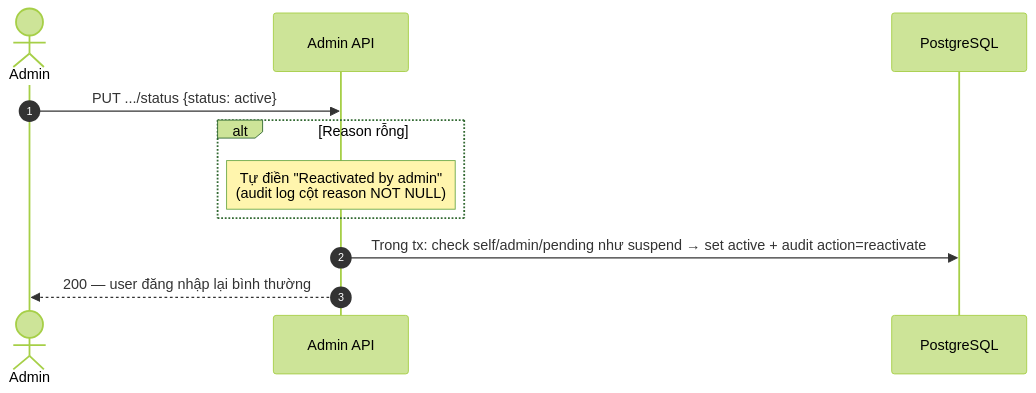
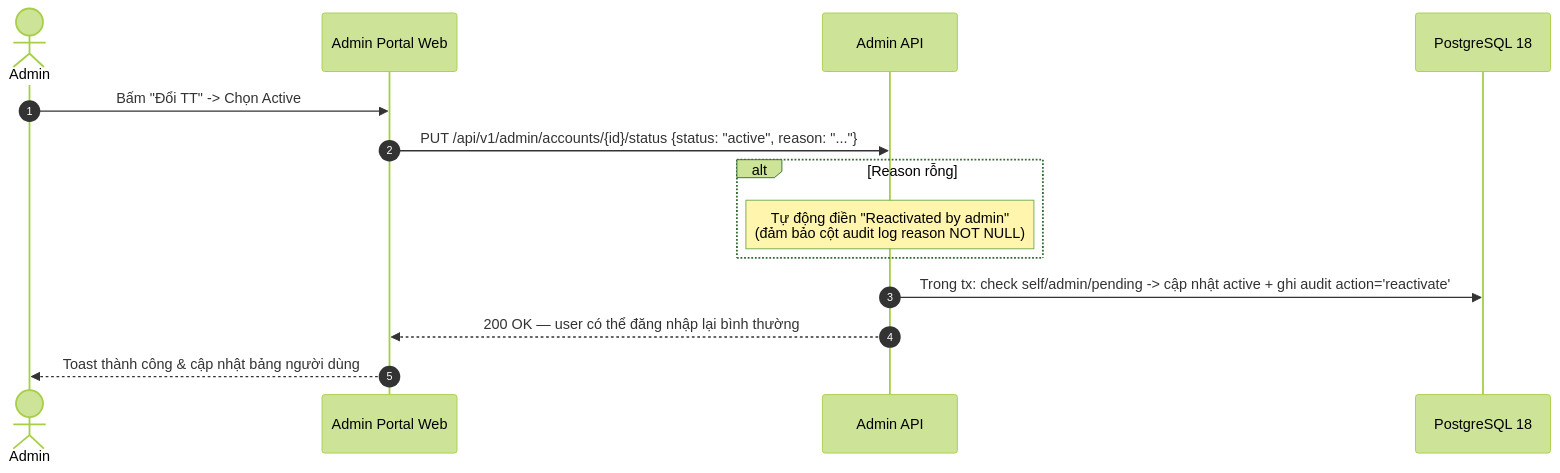
The second of 5 diagrams in flow/06-admin.md (FintechVSF-Tranning/PaySplit-RP), drawn with Mermaid (forest theme) before and after one commit. The commit also changed other lines of this file and 3 other files, not shown here.

First line of the commit message:
Enhance Admin Module Documentation and Integrate Web Admin Portal

````diff
--- a/flow/06-admin.md
+++ b/flow/06-admin.md
@@ -69,14 +105,17 @@
 ```mermaid
 sequenceDiagram
     autonumber
     actor A as Admin
+    participant FE as Admin Portal Web
     participant BE as Admin API
-    participant DB as PostgreSQL
+    participant DB as PostgreSQL 18
 
-    A->>BE: PUT .../status {status: active}
+    A->>FE: Bấm "Đổi TT" -> Chọn Active
+    FE->>BE: PUT /api/v1/admin/accounts/{id}/status {status: "active", reason: "..."}
     alt Reason rỗng
-        Note over BE: Tự điền "Reactivated by admin"<br/>(audit log cột reason NOT NULL)
+        Note over BE: Tự động điền "Reactivated by admin"<br/>(đảm bảo cột audit log reason NOT NULL)
     end
-    BE->>DB: Trong tx: check self/admin/pending như suspend → set active + audit action=reactivate
-    BE-->>A: 200 — user đăng nhập lại bình thường
+    BE->>DB: Trong tx: check self/admin/pending -> cập nhật active + ghi audit action='reactivate'
+    BE-->>FE: 200 OK — user có thể đăng nhập lại bình thường
+    FE-->>A: Toast thành công & cập nhật bảng người dùng
 ```
````
